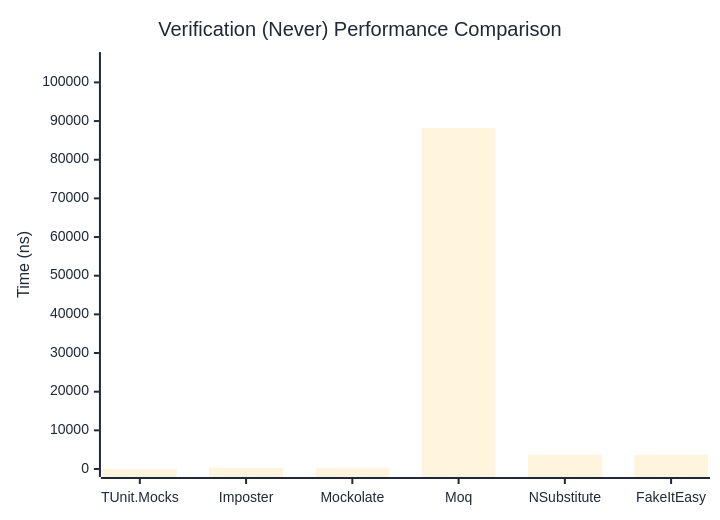
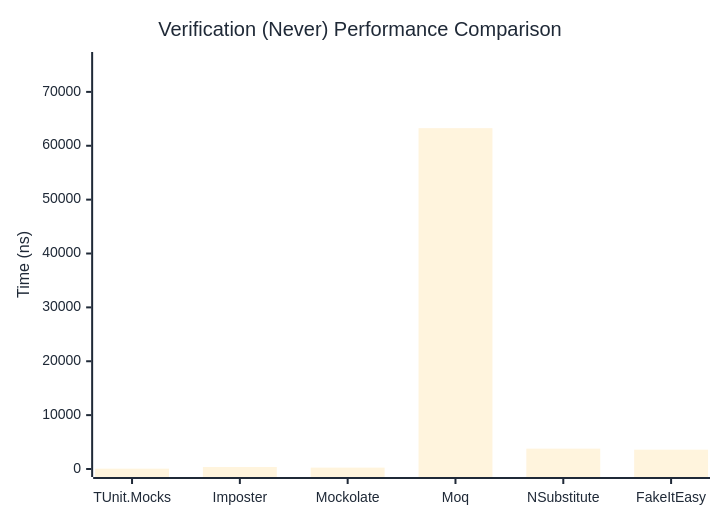
One commit to thomhurst/TUnit changed the second of 3 diagrams in docs/docs/benchmarks/mocks/Verification.md. Above: the diagram before and after it, drawn with Mermaid. The commit also changed other lines of this file and 14 other files, not shown here.

````diff
--- a/docs/docs/benchmarks/mocks/Verification.md
+++ b/docs/docs/benchmarks/mocks/Verification.md
@@ -71,27 +71,27 @@
 ```mermaid
 %%{init: {
   'theme':'base',
   'themeVariables': {
     'primaryColor': '#2563eb',
     'primaryTextColor': '#1f2937',
     'primaryBorderColor': '#1e40af',
     'lineColor': '#6b7280',
     'secondaryColor': '#7c3aed',
     'tertiaryColor': '#dc2626',
     'background': '#ffffff',
     'pie1': '#2563eb',
     'pie2': '#7c3aed',
     'pie3': '#dc2626',
     'pie4': '#f59e0b',
     'pie5': '#10b981',
     'pie6': '#06b6d4',
     'pie7': '#ec4899',
     'pie8': '#6366f1'
   }
 }}%%
 xychart-beta
   title "Verification (Never) Performance Comparison"
   x-axis ["TUnit.Mocks", "Imposter", "Mockolate", "Moq", "NSubstitute", "FakeItEasy"]
-  y-axis "Time (ns)" 0 --> 105794
-  bar [54.55, 332.38, 231.82, 88161.09, 3713.99, 3722.62]
+  y-axis "Time (ns)" 0 --> 75919
+  bar [58.96, 370.86, 258.84, 63265.56, 3777.63, 3588.05]
 ```
````
